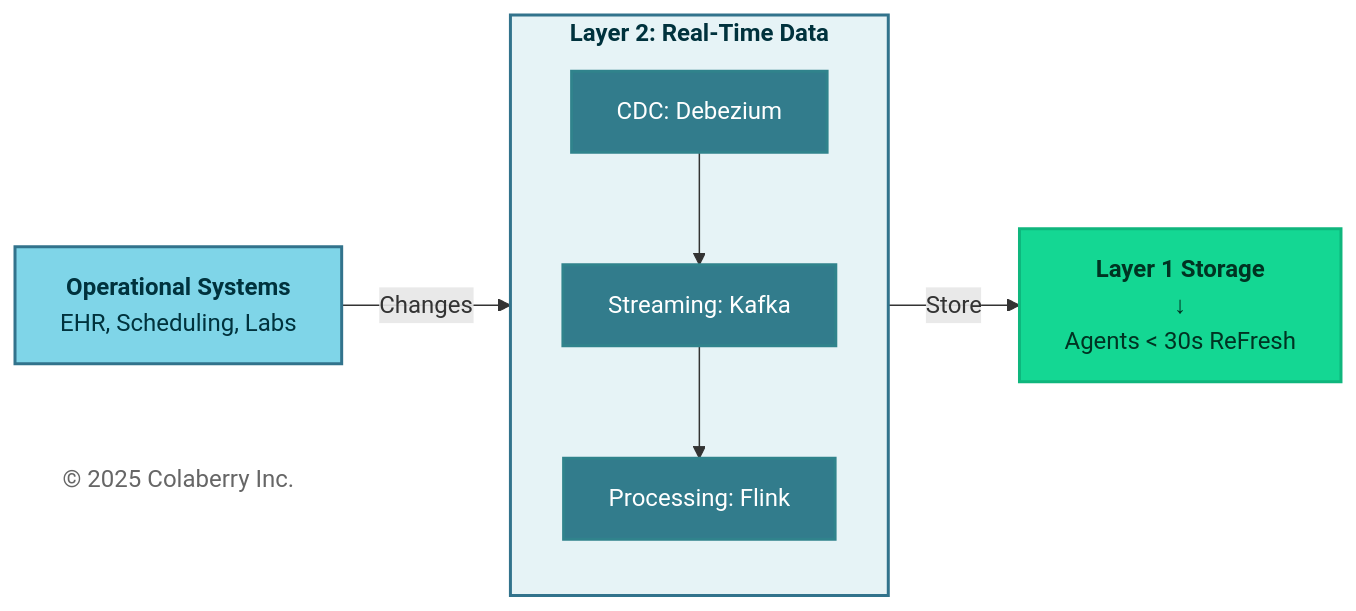
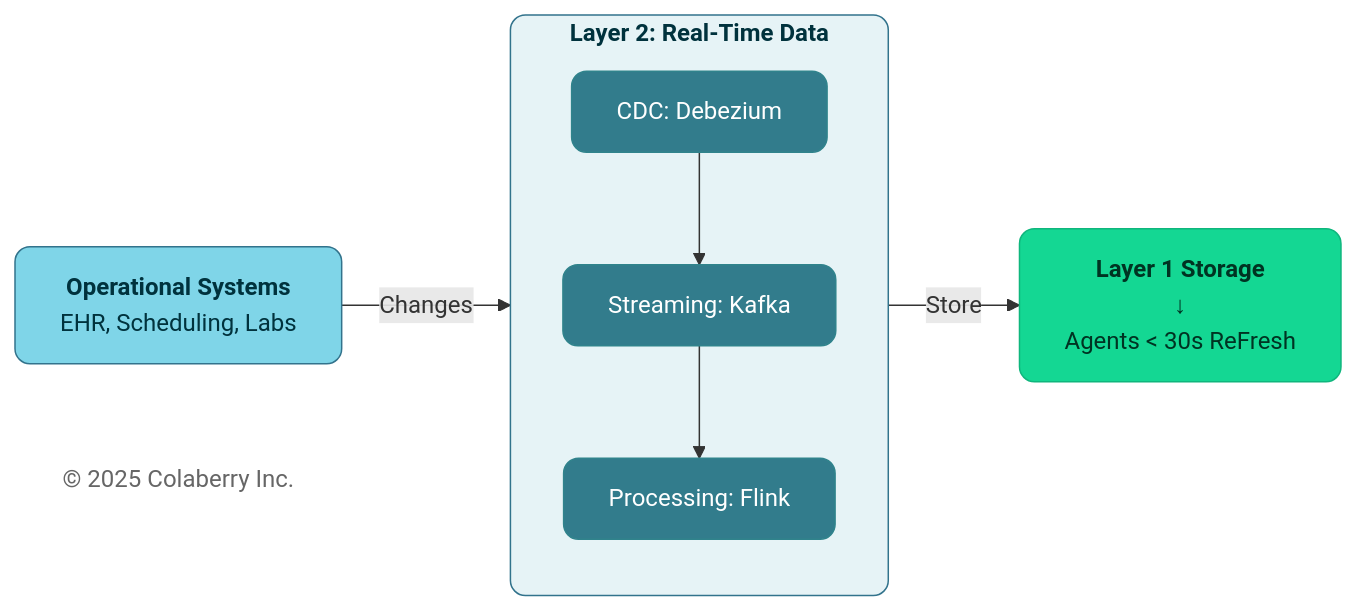
Before and after one commit to colaberry/trust-before-intelligence-book: the seventh of 11 diagrams in manuscript/05_chapter_4_foundation_layers.md, drawn with Mermaid. The commit also changed other lines of this file and 12 other files, not shown here.

````diff
--- a/manuscript/05_chapter_4_foundation_layers.md
+++ b/manuscript/05_chapter_4_foundation_layers.md
@@ -781,29 +781,29 @@
 ```mermaid
 
 graph LR
     SOURCE["<b>Operational Systems</b><br/>EHR, Scheduling, Labs"]
 
     subgraph LAYER2["<b>Layer 2: Real-Time Data</b>"]
         direction TB
         CDC["CDC: Debezium"]
         KAFKA["Streaming: Kafka"]
         PROCESS["Processing: Flink"]
         CDC --> KAFKA --> PROCESS
     end
     
     OUTCOME["<b>Layer 1 Storage</b><br/>↓<br/>Agents < 30s ReFresh"]
     
     Copyright["© 2025 Colaberry Inc."]
     
     SOURCE -->|"Changes"| LAYER2
     LAYER2 -->|"Store"| OUTCOME
 
-    style SOURCE fill:#7FD5E8,stroke:#32738C,stroke-width:2px,color:#00323D
-    style LAYER2 fill:#E6F3F6,stroke:#32738C,stroke-width:2px,color:#00323D
-    style CDC fill:#327C8C,stroke:#30838C,stroke-width:2px,color:#ffffff
-    style KAFKA fill:#327C8C,stroke:#30838C,stroke-width:2px,color:#ffffff
-    style PROCESS fill:#327C8C,stroke:#30838C,stroke-width:2px,color:#ffffff
-    style OUTCOME fill:#14D793,stroke:#0FB67D,stroke-width:2px,color:#003322
-    style Copyright fill:#ffffff,stroke:none,color:#666666
+    style SOURCE fill:#7FD5E8,stroke:#32738C,stroke-width:1px,color:#00323D,rx:10,ry:10
+    style LAYER2 fill:#E6F3F6,stroke:#32738C,stroke-width:1px,color:#00323D,rx:10,ry:10
+    style CDC fill:#327C8C,stroke:#30838C,stroke-width:1px,color:#ffffff,rx:10,ry:10
+    style KAFKA fill:#327C8C,stroke:#30838C,stroke-width:1px,color:#ffffff,rx:10,ry:10
+    style PROCESS fill:#327C8C,stroke:#30838C,stroke-width:1px,color:#ffffff,rx:10,ry:10
+    style OUTCOME fill:#14D793,stroke:#0FB67D,stroke-width:1px,color:#003322,rx:10,ry:10
+    style Copyright fill:none,stroke:none,color:#666666
 
 ```
````
